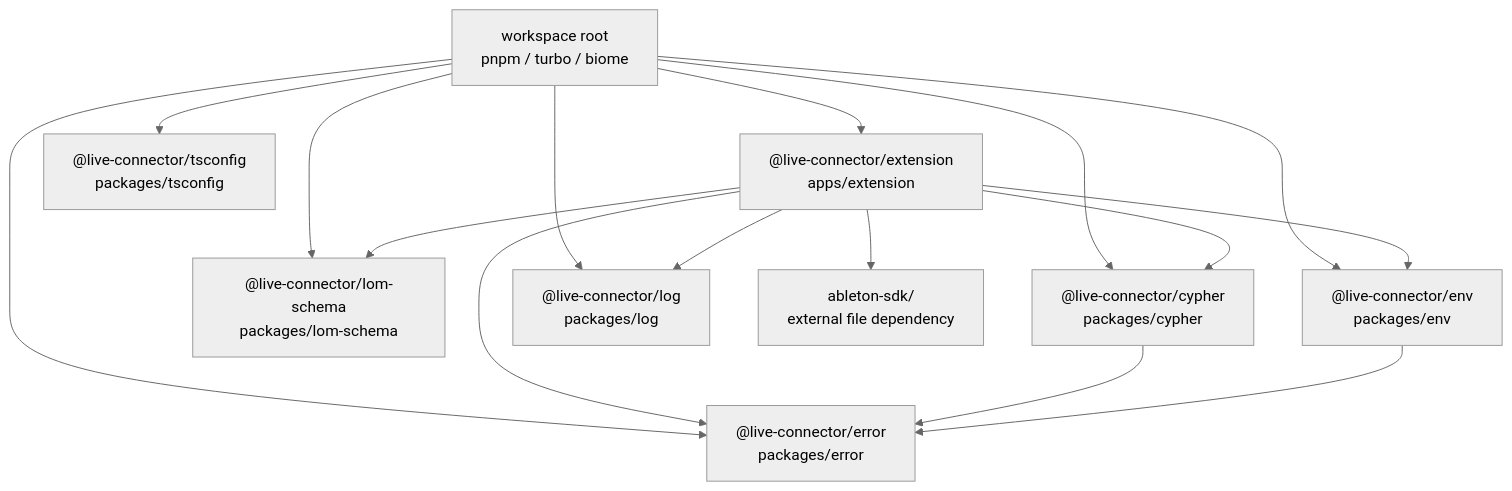
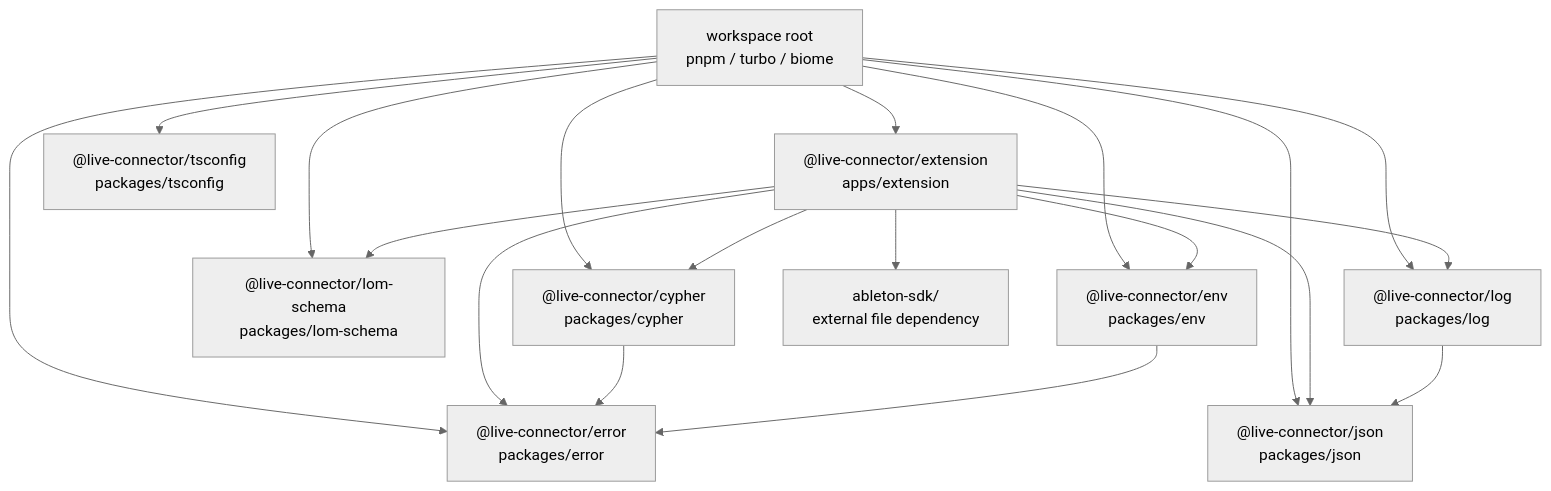
The second of 9 diagrams in llm/ARCHITECTURE.md (philtzjp/live-connector), drawn with Mermaid (neutral theme) before and after one commit. The commit also changed other lines of this file and 5 other files, not shown here.

````diff
--- a/llm/ARCHITECTURE.md
+++ b/llm/ARCHITECTURE.md
@@ -62,28 +62,32 @@
 ```mermaid
 flowchart TB
     root["workspace root<br/>pnpm / turbo / biome"]
     app["@live-connector/extension<br/>apps/extension"]
     cypher["@live-connector/cypher<br/>packages/cypher"]
     lom_schema["@live-connector/lom-schema<br/>packages/lom-schema"]
     env["@live-connector/env<br/>packages/env"]
     error["@live-connector/error<br/>packages/error"]
     log["@live-connector/log<br/>packages/log"]
+    json["@live-connector/json<br/>packages/json"]
     tsconfig["@live-connector/tsconfig<br/>packages/tsconfig"]
     ableton["ableton-sdk/<br/>external file dependency"]
 
     root --> app
     root --> cypher
     root --> lom_schema
     root --> env
     root --> error
     root --> log
+    root --> json
     root --> tsconfig
     app --> cypher
     app --> lom_schema
     app --> env
     app --> error
     app --> log
+    app --> json
     app --> ableton
     cypher --> error
     env --> error
+    log --> json
 ```
````
